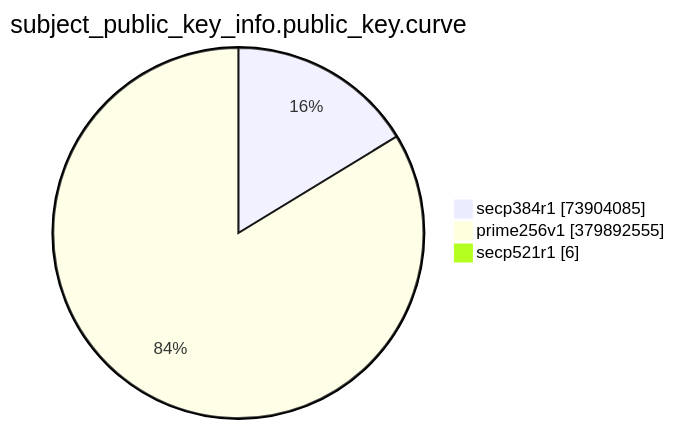
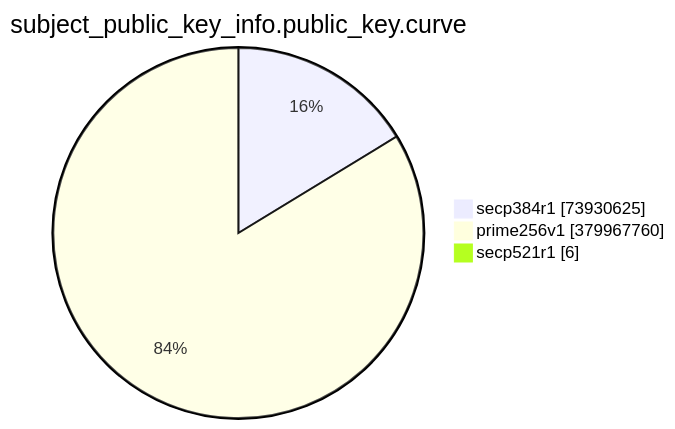
One commit to christiankrug/ctmonitor_visualization changed the eighth of 15 diagrams in TOTAL/README.md. Above: the diagram before and after it, drawn with Mermaid. The commit also changed other lines of this file, not shown here.

````diff
--- a/TOTAL/README.md
+++ b/TOTAL/README.md
@@ -3094,7 +3094,7 @@
 ```mermaid
 pie showData
 title subject_public_key_info.public_key.curve
-"secp384r1" :73904085
-"prime256v1" :379892555
+"secp384r1" :73930625
+"prime256v1" :379967760
 "secp521r1" :6
 ```
````
